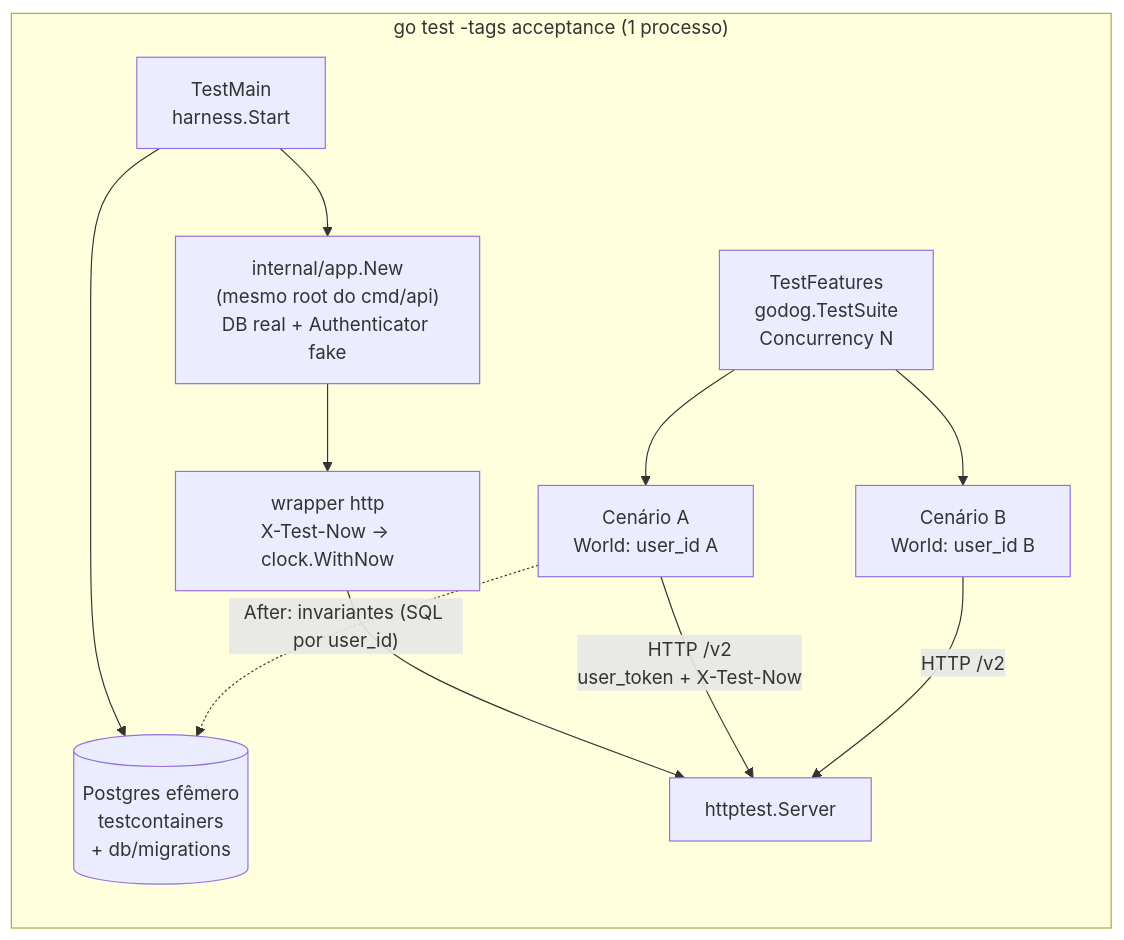
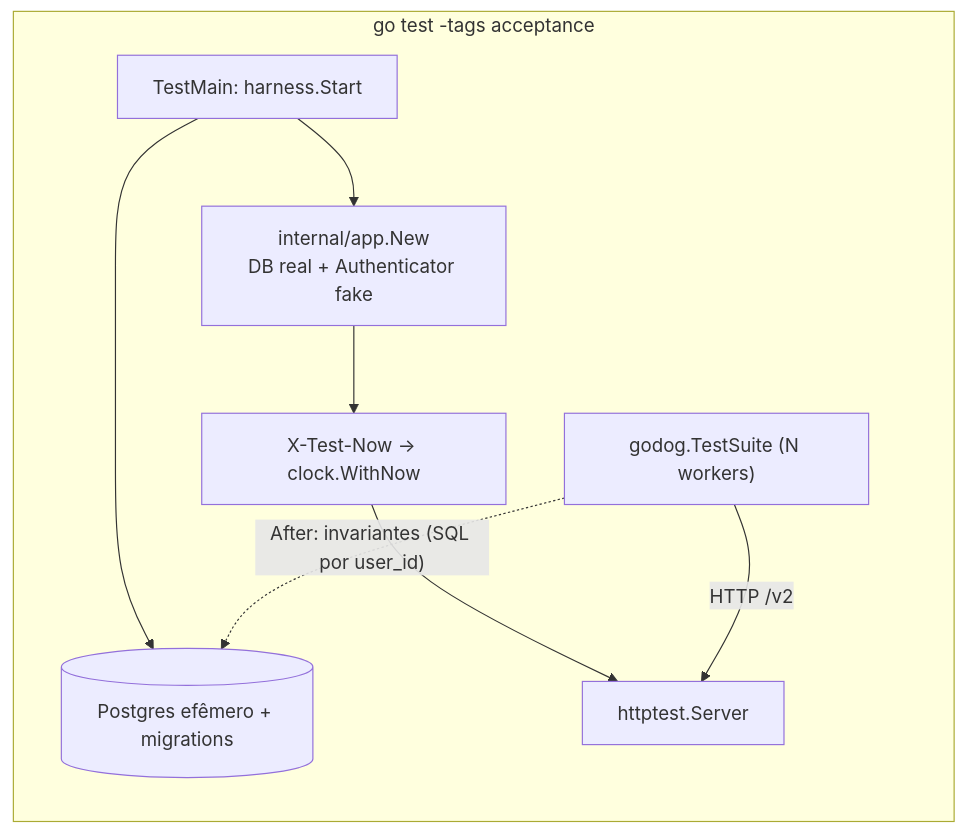
The diagram in docs/specs/SPEC-008-acceptance-test-suite.md (silvioubaldino/personal-finance), drawn with Mermaid before and after one commit. The commit also changed other lines of this file and 2 other files, not shown here.

````diff
--- a/docs/specs/SPEC-008-acceptance-test-suite.md
+++ b/docs/specs/SPEC-008-acceptance-test-suite.md
@@ -160,14 +120,10 @@
 ```mermaid
 flowchart LR
-  subgraph proc["go test -tags acceptance (1 processo)"]
-    TM["TestMain<br/>harness.Start"] --> PG[("Postgres efêmero<br/>testcontainers<br/>+ db/migrations")]
-    TM --> APP["internal/app.New<br/>(mesmo root do cmd/api)<br/>DB real + Authenticator fake"]
-    APP --> WRAP["wrapper http<br/>X-Test-Now → clock.WithNow"]
-    WRAP --> SRV["httptest.Server"]
-    TF["TestFeatures<br/>godog.TestSuite<br/>Concurrency N"] --> SC1["Cenário A<br/>World: user_id A"]
-    TF --> SC2["Cenário B<br/>World: user_id B"]
-    SC1 -- "HTTP /v2<br/>user_token + X-Test-Now" --> SRV
-    SC2 -- "HTTP /v2" --> SRV
-    SC1 -. "After: invariantes (SQL por user_id)" .-> PG
+  subgraph proc["go test -tags acceptance"]
+    TM["TestMain: harness.Start"] --> PG[("Postgres efêmero + migrations")]
+    TM --> APP["internal/app.New<br/>DB real + Authenticator fake"]
+    APP --> WRAP["X-Test-Now → clock.WithNow"] --> SRV["httptest.Server"]
+    TF["godog.TestSuite (N workers)"] -- "HTTP /v2" --> SRV
+    TF -. "After: invariantes (SQL por user_id)" .-> PG
   end
 ```
````
